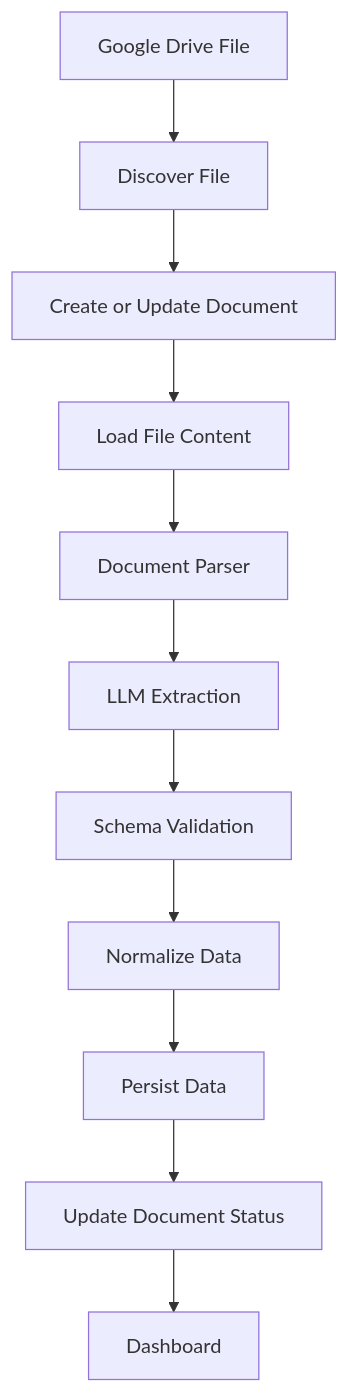
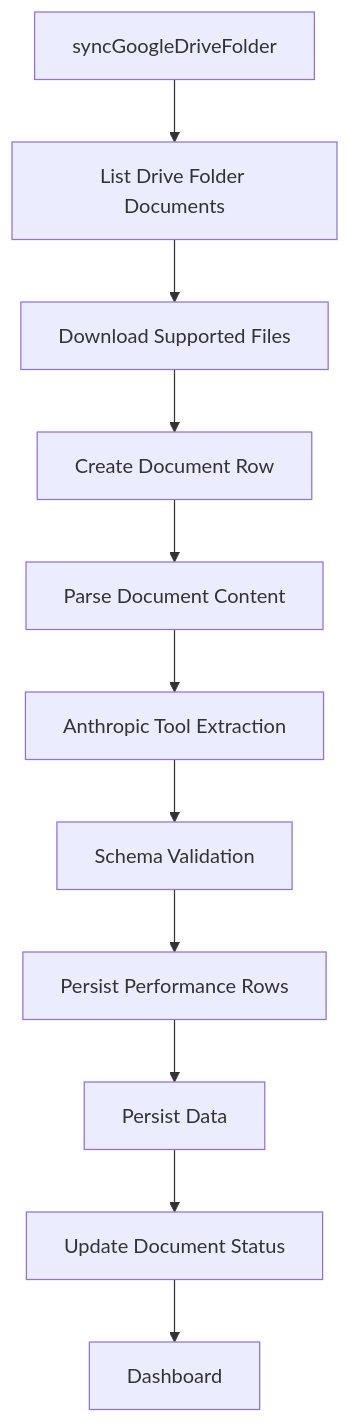
The fourth of 10 diagrams in docs/product-definitions/technical_architecture.md (velascode64/equi-document-intelligence-web-app), drawn with Mermaid before and after one commit. The commit also changed other lines of this file and 6 other files, not shown here.

Commit message:
Add Google Drive sync analyzer flow

````diff
--- a/docs/product-definitions/technical_architecture.md
+++ b/docs/product-definitions/technical_architecture.md
@@ -360,13 +363,13 @@
 ```mermaid
 flowchart TD
-    A[Google Drive File] --> B[Discover File]
-    B --> C[Create or Update Document]
-    C --> D[Load File Content]
-    D --> E[Document Parser]
-    E --> F[LLM Extraction]
+    A[syncGoogleDriveFolder] --> B[List Drive Folder Documents]
+    B --> C[Download Supported Files]
+    C --> D[Create Document Row]
+    D --> E[Parse Document Content]
+    E --> F[Anthropic Tool Extraction]
     F --> G[Schema Validation]
-    G --> H[Normalize Data]
+    G --> H[Persist Performance Rows]
     H --> I[Persist Data]
     I --> J[Update Document Status]
     J --> K[Dashboard]
 ```
````
